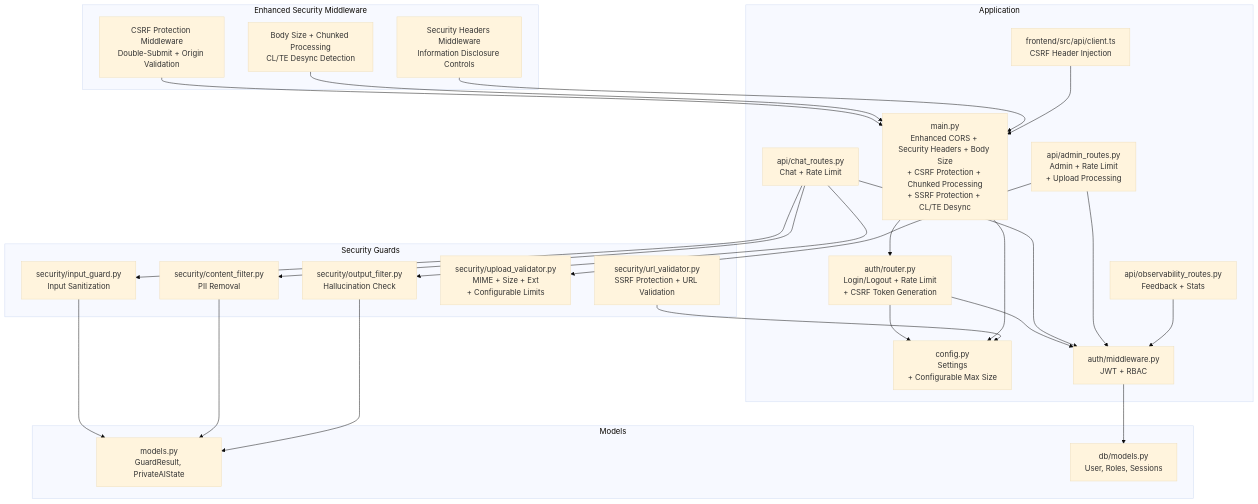
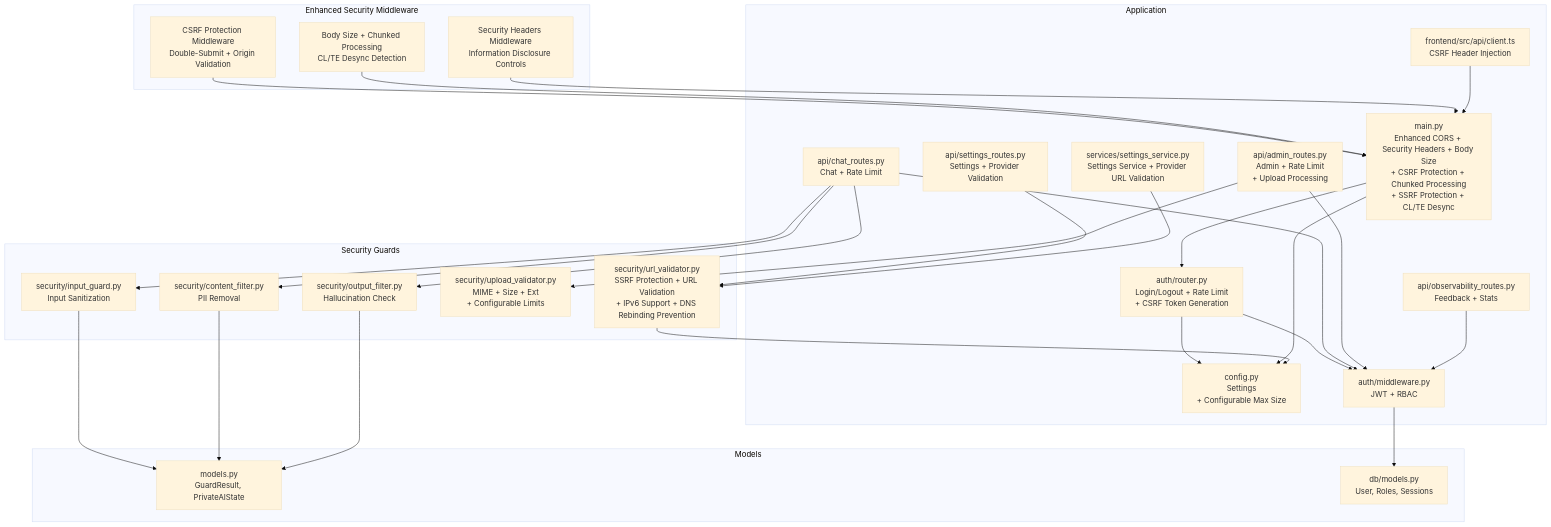
Before and after one commit to genes8/private-ai: the first of 16 diagrams in .qoder/repowiki/en/content/Backend Development/Security and Middleware/Security and Middleware.md, drawn with Mermaid (base theme). The commit also changed other lines of this file and 12 other files, not shown here.

````diff
--- a/.qoder/repowiki/en/content/Backend Development/Security and Middleware/Security and Middleware.md
+++ b/.qoder/repowiki/en/content/Backend Development/Security and Middleware/Security and Middleware.md
@@ -64,49 +67,53 @@
 ```mermaid
 graph TB
 subgraph "Application"
 M["main.py<br/>Enhanced CORS + Security Headers + Body Size<br/>+ CSRF Protection + Chunked Processing<br/>+ SSRF Protection + CL/TE Desync"]
 CFG["config.py<br/>Settings<br/>+ Configurable Max Size"]
 AUTHMW["auth/middleware.py<br/>JWT + RBAC"]
 AUTHRT["auth/router.py<br/>Login/Logout + Rate Limit<br/>+ CSRF Token Generation"]
 CHAT["api/chat_routes.py<br/>Chat + Rate Limit"]
 ADMIN["api/admin_routes.py<br/>Admin + Rate Limit<br/>+ Upload Processing"]
 OBS["api/observability_routes.py<br/>Feedback + Stats"]
+SETTINGS["api/settings_routes.py<br/>Settings + Provider Validation"]
+SERVICES["services/settings_service.py<br/>Settings Service + Provider URL Validation"]
 END["frontend/src/api/client.ts<br/>CSRF Header Injection"]
 end
 subgraph "Security Guards"
 IG["security/input_guard.py<br/>Input Sanitization"]
 CF["security/content_filter.py<br/>PII Removal"]
 OF["security/output_filter.py<br/>Hallucination Check"]
 UV["security/upload_validator.py<br/>MIME + Size + Ext<br/>+ Configurable Limits"]
-URLV["security/url_validator.py<br/>SSRF Protection + URL Validation"]
+URLV["security/url_validator.py<br/>SSRF Protection + URL Validation<br/>+ IPv6 Support + DNS Rebinding Prevention"]
 end
 subgraph "Enhanced Security Middleware"
 CSRF["CSRF Protection Middleware<br/>Double-Submit + Origin Validation"]
 BODY["Body Size + Chunked Processing<br/>CL/TE Desync Detection"]
 SECHEAD["Security Headers Middleware<br/>Information Disclosure Controls"]
 end
 subgraph "Models"
 GM["models.py<br/>GuardResult, PrivateAIState"]
 DBM["db/models.py<br/>User, Roles, Sessions"]
 end
 M --> AUTHRT
 AUTHRT --> AUTHMW
 CHAT --> AUTHMW
 ADMIN --> AUTHMW
 OBS --> AUTHMW
+SETTINGS --> URLV
+SERVICES --> URLV
 CHAT --> IG
 CHAT --> CF
 CHAT --> OF
 ADMIN --> UV
 AUTHMW --> DBM
 AUTHRT --> CFG
 M --> CFG
 IG --> GM
 CF --> GM
 OF --> GM
 URLV --> CFG
 CSRF --> M
 BODY --> M
 SECHEAD --> M
 END --> M
 ```
````
